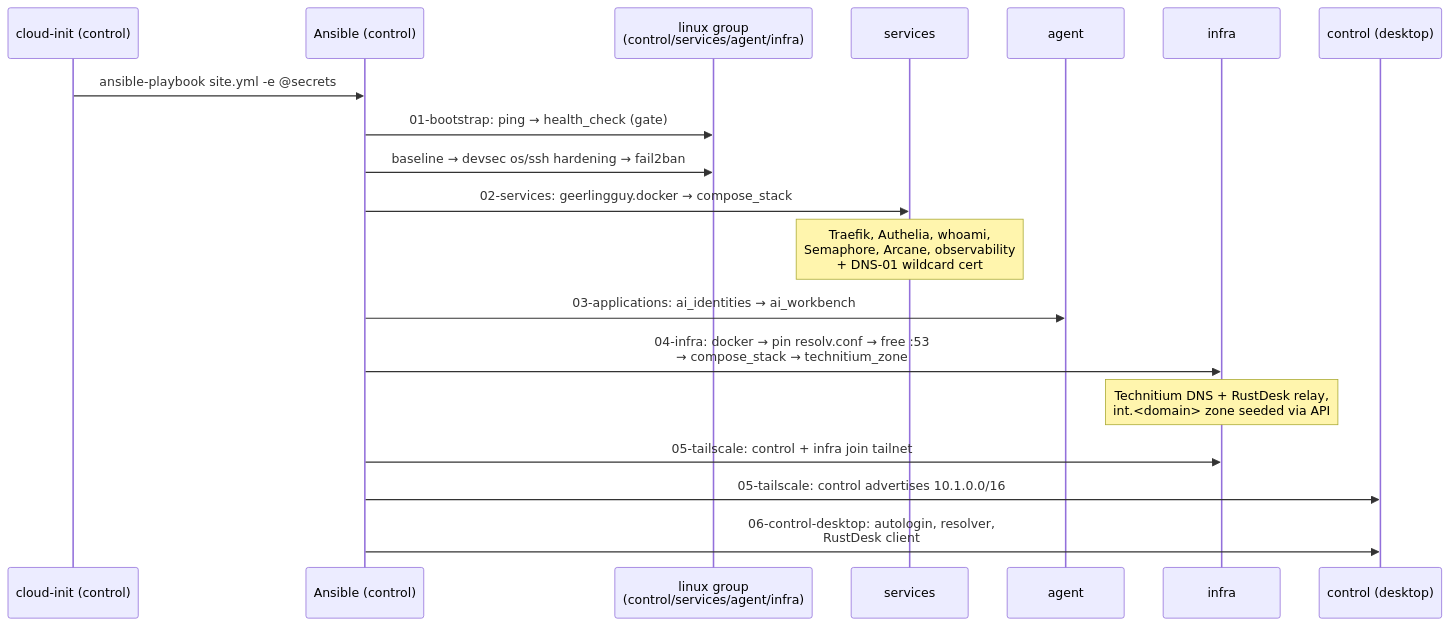
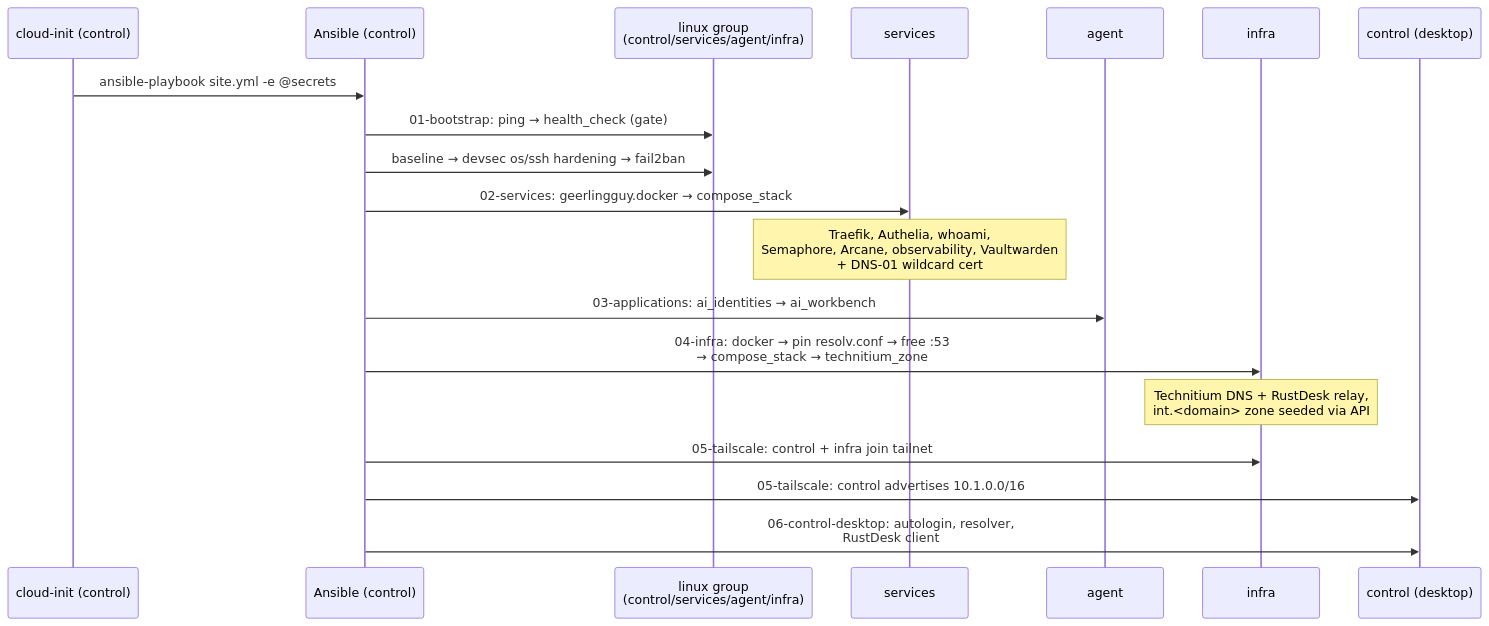
One commit to v2e-sh/v2e-docs changed the second of 3 diagrams in docs/system/lifecycle.md. Above: the diagram before and after it, drawn with Mermaid. The commit also changed other lines of this file and 7 other files, not shown here.

````diff
--- a/docs/system/lifecycle.md
+++ b/docs/system/lifecycle.md
@@ -74,22 +74,22 @@
 ```mermaid
 sequenceDiagram
     participant CI as cloud-init (control)
     participant A as Ansible (control)
     participant L as linux group<br/>(control/services/agent/infra)
     participant S as services
     participant AG as agent
     participant I as infra
     participant C as control (desktop)
 
     CI->>A: ansible-playbook site.yml -e @secrets
     A->>L: 01-bootstrap: ping → health_check (gate)
     A->>L: baseline → devsec os/ssh hardening → fail2ban
     A->>S: 02-services: geerlingguy.docker → compose_stack
-    Note over S: Traefik, Authelia, whoami,<br/>Semaphore, Arcane, observability<br/>+ DNS-01 wildcard cert
+    Note over S: Traefik, Authelia, whoami,<br/>Semaphore, Arcane, observability, Vaultwarden<br/>+ DNS-01 wildcard cert
     A->>AG: 03-applications: ai_identities → ai_workbench
     A->>I: 04-infra: docker → pin resolv.conf → free :53<br/>→ compose_stack → technitium_zone
     Note over I: Technitium DNS + RustDesk relay,<br/>int.<domain> zone seeded via API
     A->>I: 05-tailscale: control + infra join tailnet
     A->>C: 05-tailscale: control advertises 10.1.0.0/16
     A->>C: 06-control-desktop: autologin, resolver,<br/>RustDesk client
 ```
````
